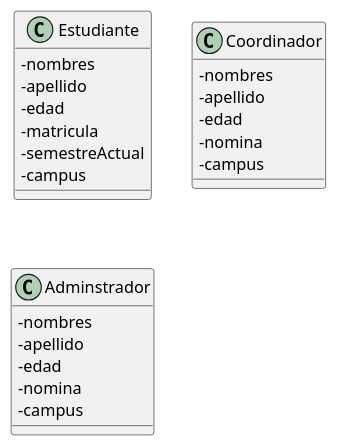
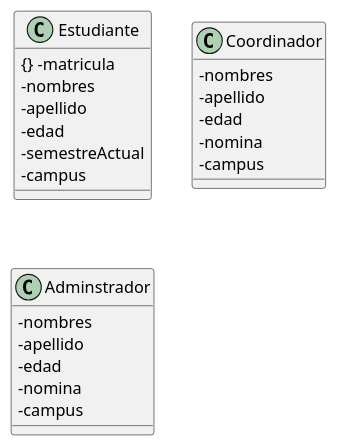
Before and after one commit to facund015/codeRelatedObsidianNotes: the diagram in Reto/Base de datos.md, drawn with PlantUML. The commit also changed 1 other file, not shown here.

Commit message:
vault backup: 2021-10-12 12:06:01

````diff
--- a/Reto/Base de datos.md
+++ b/Reto/Base de datos.md
@@ -2,30 +2,30 @@
 ```plantuml
 @startuml
 skinparam classAttributeIconSize 0
 class Estudiante {
+	{} -matricula
 	-nombres
 	-apellido
 	-edad
-	-matricula
 	-semestreActual
 	-campus
 }
 
 class Coordinador {
 	-nombres
 	-apellido
 	-edad
 	-nomina
 	-campus
 }
 
 class Adminstrador {
 	-nombres
 	-apellido
 	-edad
 	-nomina
 	-campus
 }
 
 @enduml
 ```
````
